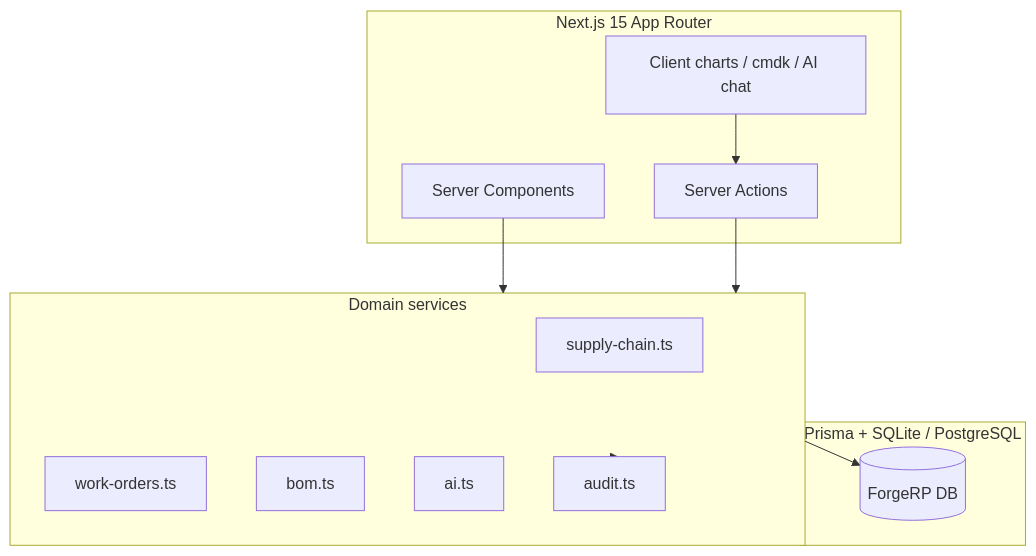
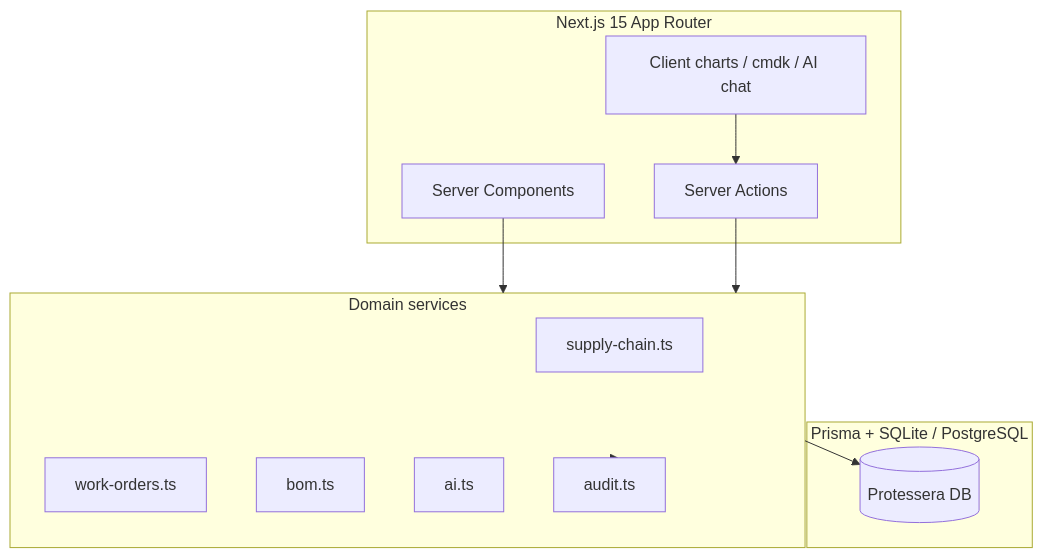
The first of 3 diagrams in README.md (jmwilson92/erpsystem), drawn with Mermaid before and after one commit. The commit also changed other lines of this file and 103 other files, not shown here.

First line of the commit message:
Rebrand ForgeRP to Protessera, forge-rp.live to protessera.com

````diff
--- a/README.md
+++ b/README.md
@@ -111,26 +111,26 @@
 ```mermaid
 flowchart TB
   subgraph UI["Next.js 15 App Router"]
     RSC[Server Components]
     SA[Server Actions]
     Client[Client charts / cmdk / AI chat]
   end
 
   subgraph Domain["Domain services"]
     SC[supply-chain.ts]
     WO[work-orders.ts]
     BOM[bom.ts]
     AI[ai.ts]
     AUDIT[audit.ts]
   end
 
   subgraph Data["Prisma + SQLite / PostgreSQL"]
-    DB[(ForgeRP DB)]
+    DB[(Protessera DB)]
   end
 
   RSC --> Domain
   SA --> Domain
   Domain --> AUDIT
   Domain --> DB
   Client --> SA
 ```
````
